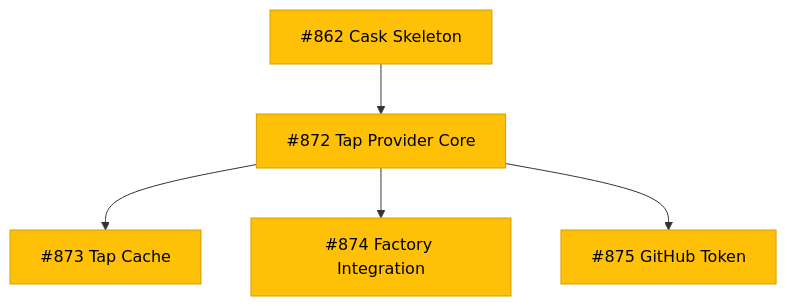
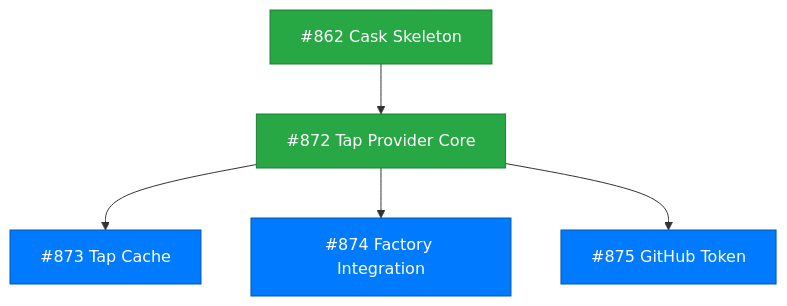
The diagram in docs/designs/DESIGN-tap-support.md (tsukumogami/tsuku), drawn with Mermaid before and after one commit. The commit also changed 5 other files, not shown here.

First line of the commit message:
feat(version): implement tap version provider core (#883)

````diff
--- a/docs/designs/DESIGN-tap-support.md
+++ b/docs/designs/DESIGN-tap-support.md
@@ -14,17 +14,17 @@
 ```mermaid
 graph TD
-    I862["#862 Cask Skeleton"]:::blocked
-    I872["#872 Tap Provider Core"]:::blocked
-    I873["#873 Tap Cache"]:::blocked
-    I874["#874 Factory Integration"]:::blocked
-    I875["#875 GitHub Token"]:::blocked
+    I862["#862 Cask Skeleton"]:::done
+    I872["#872 Tap Provider Core"]:::done
+    I873["#873 Tap Cache"]:::ready
+    I874["#874 Factory Integration"]:::ready
+    I875["#875 GitHub Token"]:::ready
 
     I862 --> I872
     I872 --> I873
     I872 --> I874
     I872 --> I875
 
     classDef done fill:#28a745,stroke:#1e7e34,color:white
     classDef ready fill:#007bff,stroke:#0056b3,color:white
     classDef blocked fill:#ffc107,stroke:#d39e00,color:black
 ```
````
